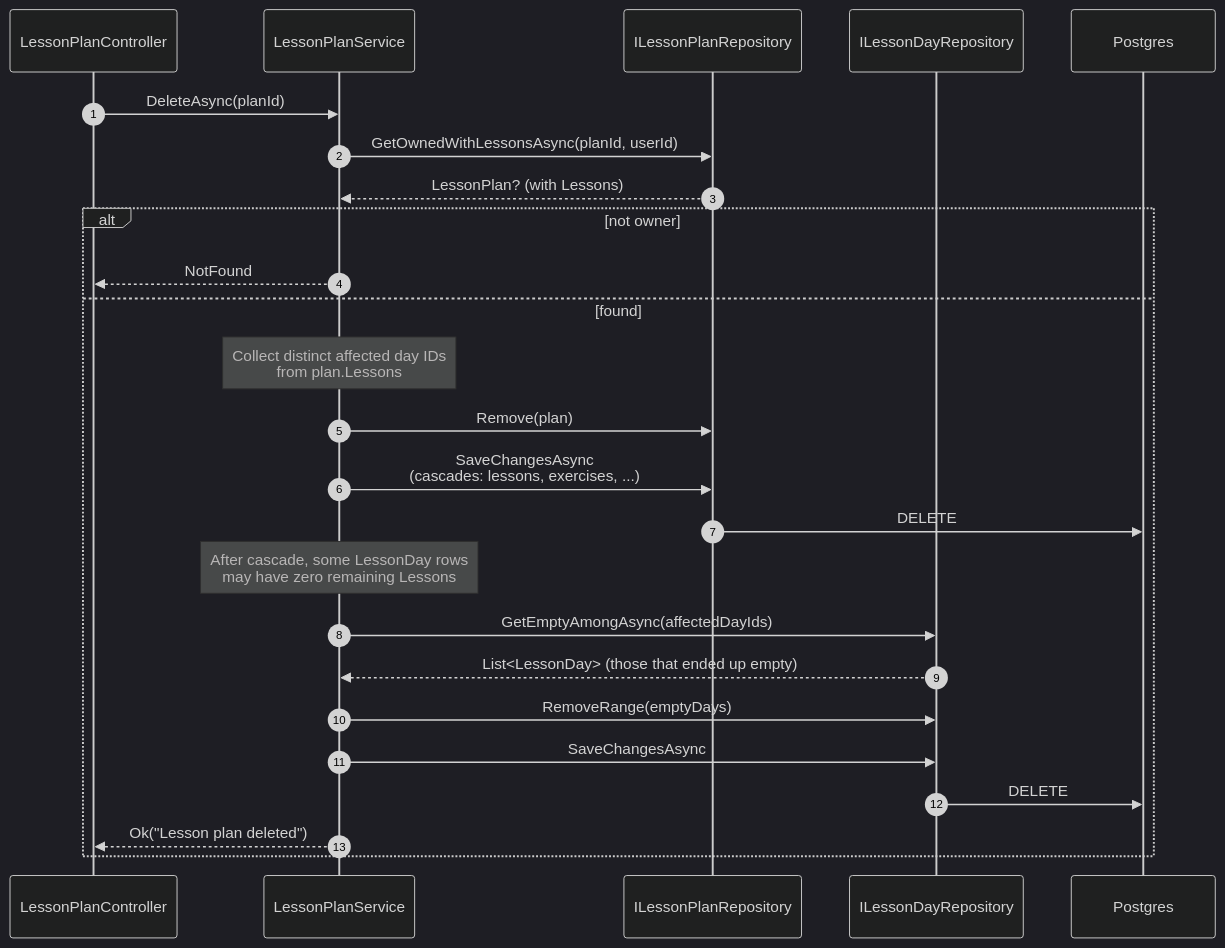
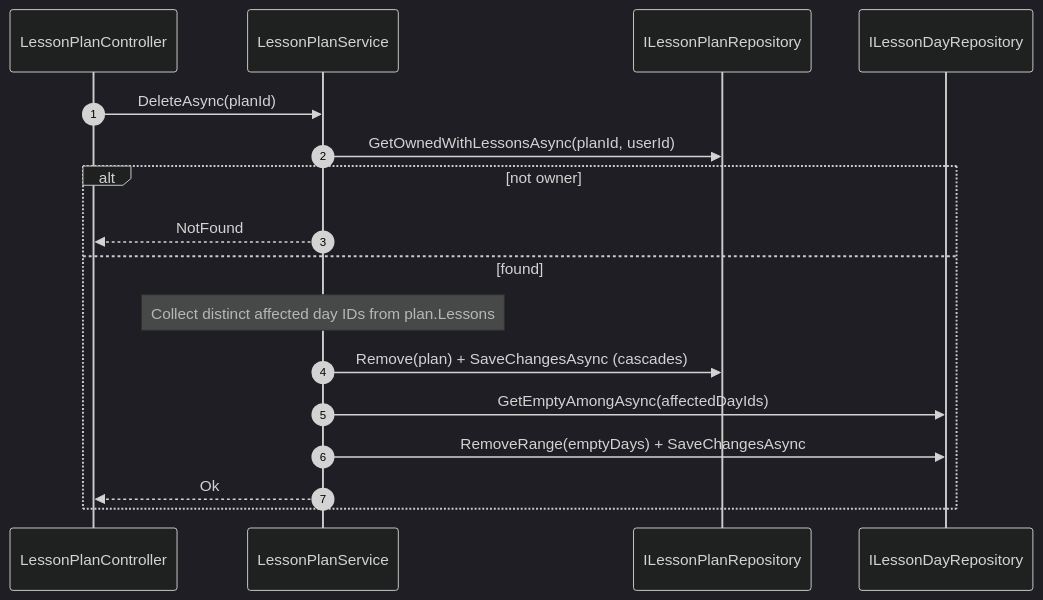
One commit to Dockdep/LessonHub changed the second of 5 diagrams in diagrams/backend/06-flows.md. Above: the diagram before and after it, drawn with Mermaid (dark theme). The commit also changed other lines of this file and 36 other files, not shown here.

````diff
--- a/diagrams/backend/06-flows.md
+++ b/diagrams/backend/06-flows.md
@@ -74,28 +41,20 @@
 ```mermaid
 sequenceDiagram
   autonumber
   participant API as LessonPlanController
   participant Svc as LessonPlanService
   participant LPR as ILessonPlanRepository
   participant LDR as ILessonDayRepository
-  participant DB as Postgres
 
   API->>Svc: DeleteAsync(planId)
   Svc->>LPR: GetOwnedWithLessonsAsync(planId, userId)
-  LPR-->>Svc: LessonPlan? (with Lessons)
   alt not owner
     Svc-->>API: NotFound
   else found
-    Note over Svc: Collect distinct affected day IDs<br/>from plan.Lessons
-    Svc->>LPR: Remove(plan)
-    Svc->>LPR: SaveChangesAsync<br/>(cascades: lessons, exercises, ...)
-    LPR->>DB: DELETE
-    Note over Svc: After cascade, some LessonDay rows<br/>may have zero remaining Lessons
+    Note over Svc: Collect distinct affected day IDs from plan.Lessons
+    Svc->>LPR: Remove(plan) + SaveChangesAsync (cascades)
     Svc->>LDR: GetEmptyAmongAsync(affectedDayIds)
-    LDR-->>Svc: List<LessonDay> (those that ended up empty)
-    Svc->>LDR: RemoveRange(emptyDays)
-    Svc->>LDR: SaveChangesAsync
-    LDR->>DB: DELETE
-    Svc-->>API: Ok("Lesson plan deleted")
+    Svc->>LDR: RemoveRange(emptyDays) + SaveChangesAsync
+    Svc-->>API: Ok
   end
 ```
````
